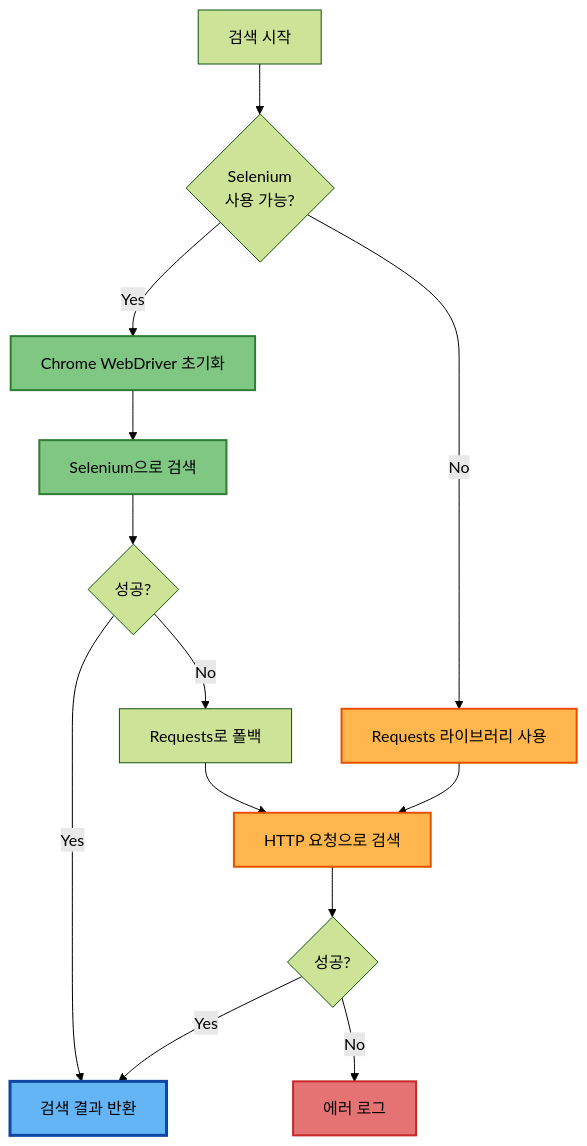
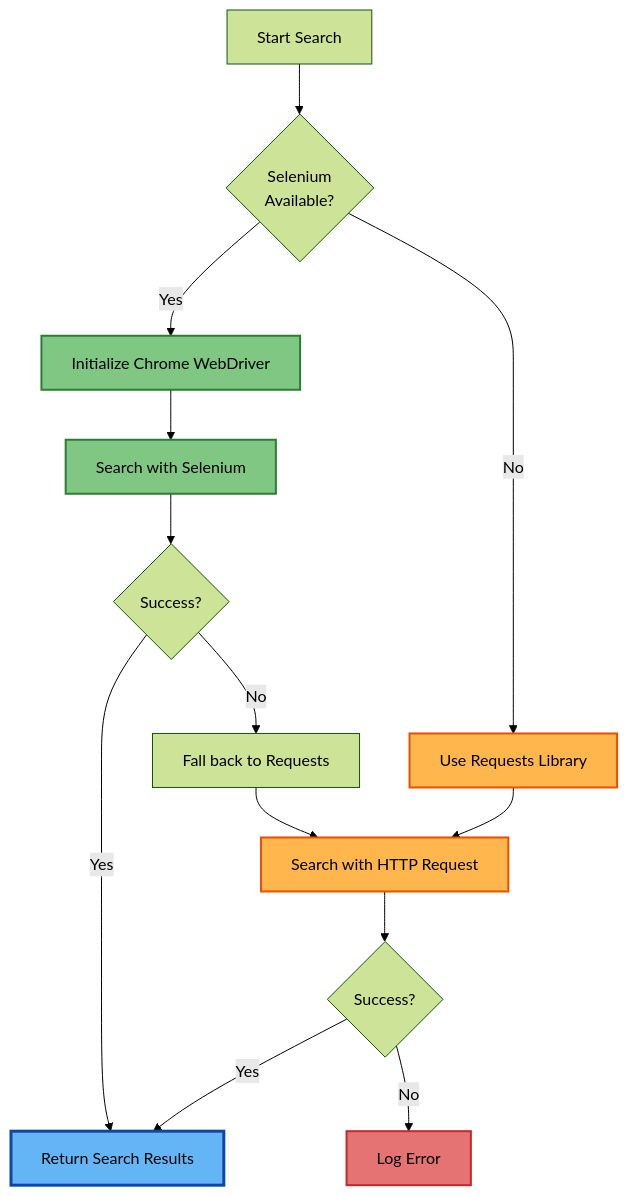
Before and after one commit to topKimRyan/isif-2026: the third of 3 diagrams in ARCHITECTURE.md, drawn with Mermaid (forest theme). The commit also changed other lines of this file and 33 other files, not shown here.

````diff
--- a/ARCHITECTURE.md
+++ b/ARCHITECTURE.md
@@ -796,26 +796,26 @@
 ```mermaid
 graph TD
-    A[검색 시작] --> B{Selenium<br/>사용 가능?}
-    B -->|Yes| C[Chrome WebDriver 초기화]
-    B -->|No| D[Requests 라이브러리 사용]
+    A[Start Search] --> B{Selenium<br/>Available?}
+    B -->|Yes| C[Initialize Chrome WebDriver]
+    B -->|No| D[Use Requests Library]
     
-    C --> E[Selenium으로 검색]
-    D --> F[HTTP 요청으로 검색]
+    C --> E[Search with Selenium]
+    D --> F[Search with HTTP Request]
     
-    E --> G{성공?}
-    F --> H{성공?}
+    E --> G{Success?}
+    F --> H{Success?}
     
-    G -->|Yes| I[검색 결과 반환]
-    G -->|No| J[Requests로 폴백]
+    G -->|Yes| I[Return Search Results]
+    G -->|No| J[Fall back to Requests]
     H -->|Yes| I
-    H -->|No| K[에러 로그]
+    H -->|No| K[Log Error]
     
     J --> F
     
     style C fill:#81c784,stroke:#2e7d32,stroke-width:2px,color:#000
     style D fill:#ffb74d,stroke:#e65100,stroke-width:2px,color:#000
     style E fill:#81c784,stroke:#2e7d32,stroke-width:2px,color:#000
     style F fill:#ffb74d,stroke:#e65100,stroke-width:2px,color:#000
     style I fill:#64b5f6,stroke:#0d47a1,stroke-width:3px,color:#000
     style K fill:#e57373,stroke:#c62828,stroke-width:2px,color:#000
 ```
````
